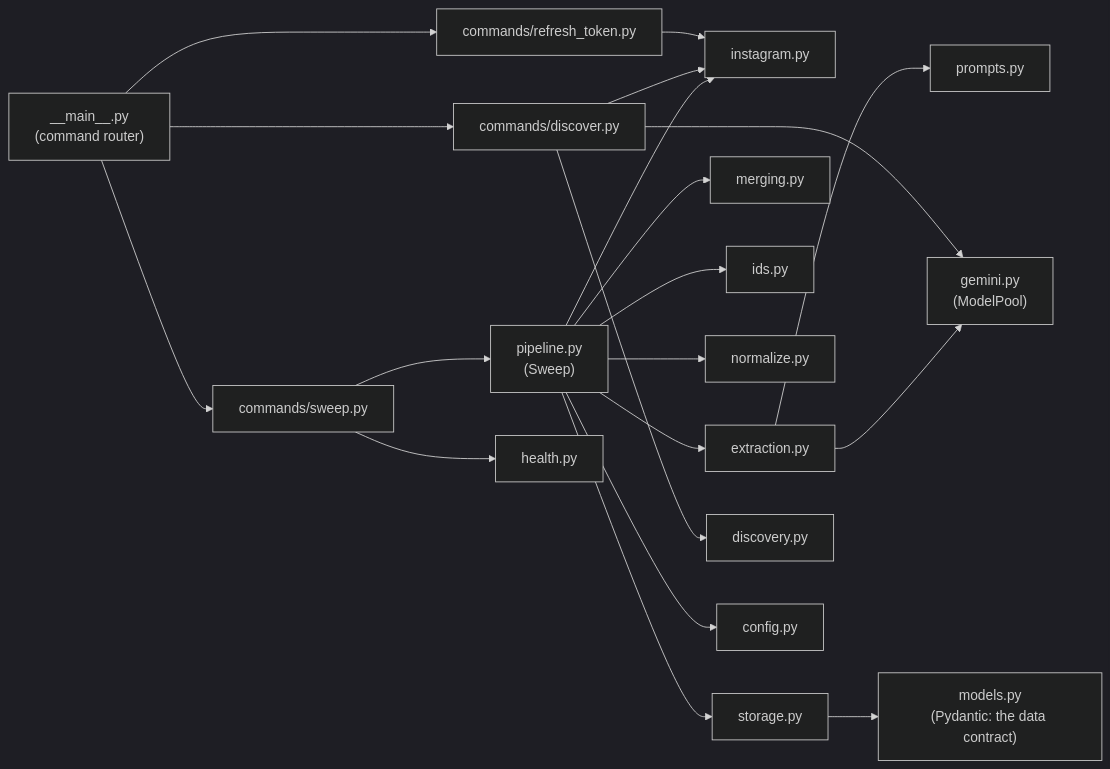
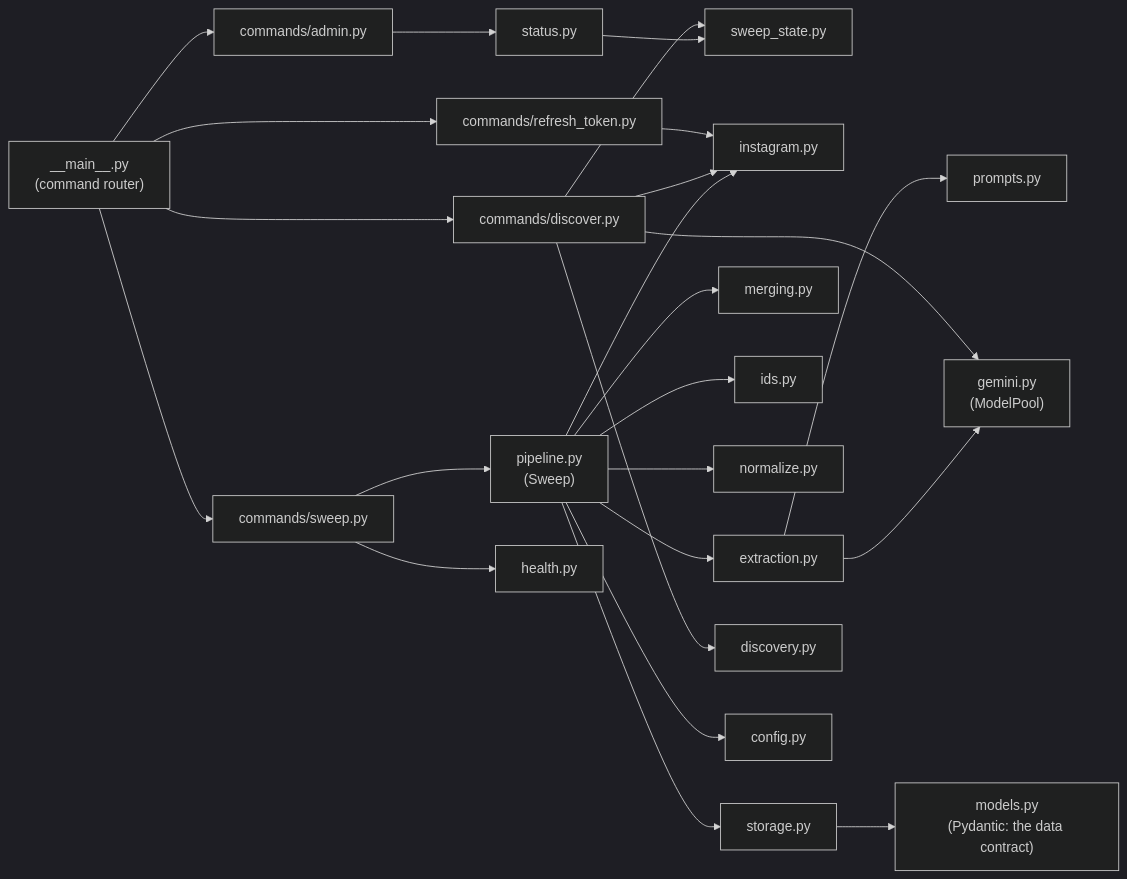
Before and after one commit to pa-bailar/backend: diagram 12 of 12 in docs/ARCHITECTURE.md, drawn with Mermaid (dark theme). The commit also changed other lines of this file and 2 other files, not shown here.

Commit message:
docs: admin status, post outcomes, quota waits, unavailable models, lite-only mode, discovery's allowance

````diff
--- a/docs/ARCHITECTURE.md
+++ b/docs/ARCHITECTURE.md
@@ -770,22 +802,26 @@
 ```mermaid
 flowchart LR
     MAIN["__main__.py<br/>(command router)"] --> SW["commands/sweep.py"]
     MAIN --> DI["commands/discover.py"]
     MAIN --> RT["commands/refresh_token.py"]
+    MAIN --> AD["commands/admin.py"]
+    AD --> ST["status.py"]
+    ST --> SS["sweep_state.py"]
+    DI --> SS
     SW --> PL["pipeline.py<br/>(Sweep)"]
     SW --> HE["health.py"]
     PL --> IGC["instagram.py"]
     PL --> EXT["extraction.py"]
     PL --> MER["merging.py"]
     PL --> IDS["ids.py"]
     PL --> NOR["normalize.py"]
     PL --> STO["storage.py"]
     EXT --> GEM["gemini.py<br/>(ModelPool)"]
     EXT --> PRO["prompts.py"]
     DI --> DIS["discovery.py"]
     DI --> IGC
     DI --> GEM
     RT --> IGC
     STO --> MOD["models.py<br/>(Pydantic: the data contract)"]
     PL --> CFG["config.py"]
 ```
````
